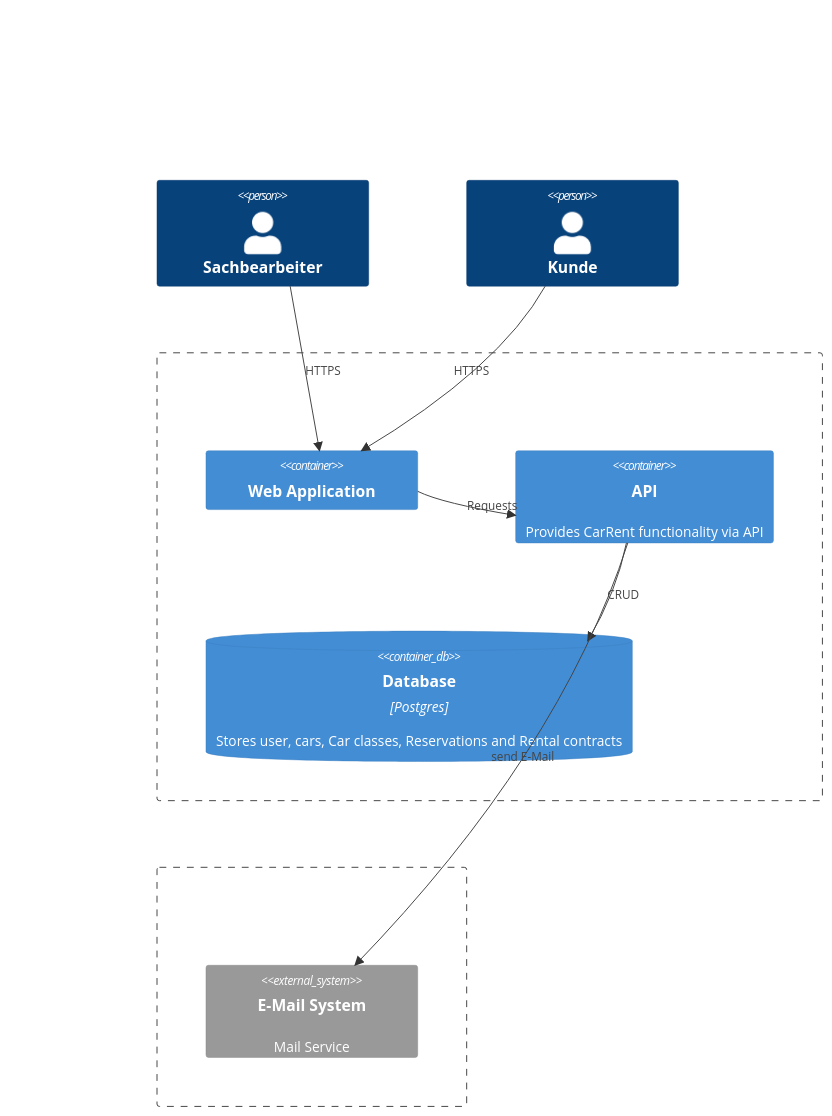
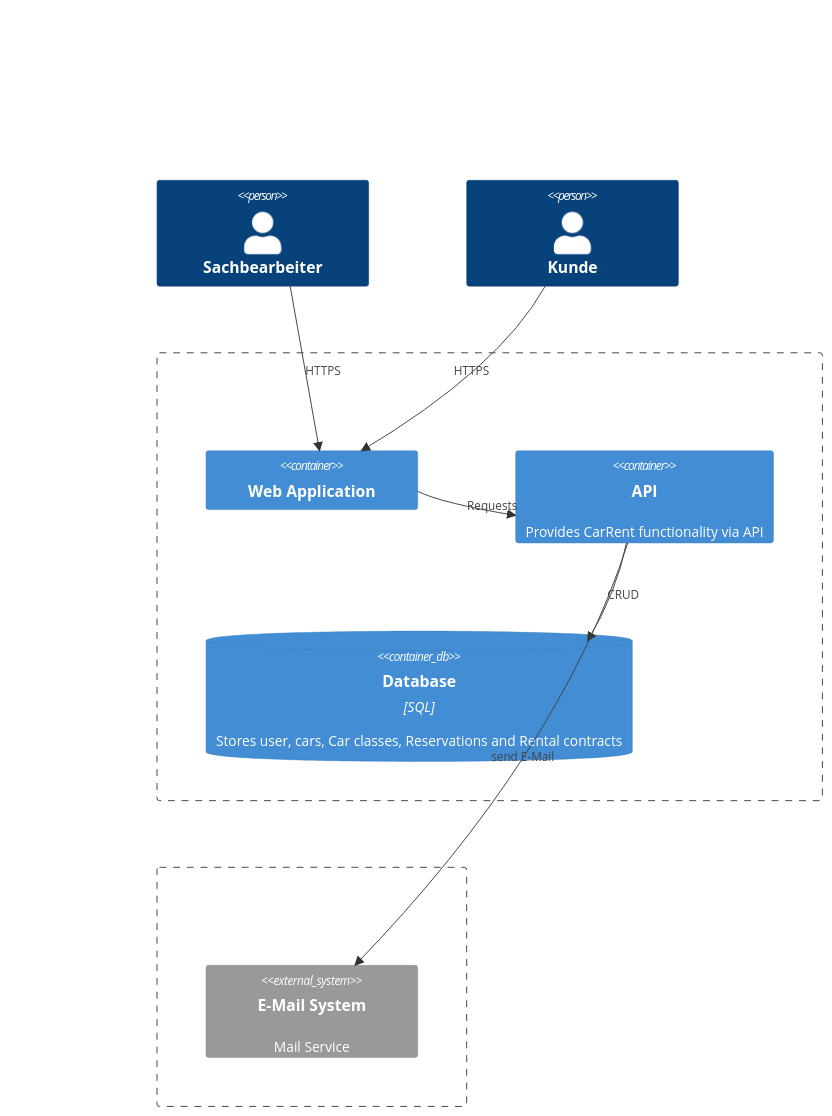
Before and after one commit to tsolenthaler/zbw-sad-carrent2124: the second of 4 diagrams in README.md, drawn with Mermaid. The commit also changed other lines of this file, not shown here.

Commit message:
fix component sql

````diff
--- a/README.md
+++ b/README.md
@@ -27,23 +29,23 @@
 ```mermaid
 C4Container
     Person(Sachbearbeiter, "Sachbearbeiter")
     Person(Kunde, "Kunde")
 
     Boundary(CarRent, "", "") {
         Container(webapp, "Web Application", "", "")
         Container(api, "API", "", "Provides CarRent functionality via API")
-        ContainerDb(database, "Database", "Postgres", "Stores user, cars, Car classes, Reservations and Rental contracts")
+        ContainerDb(database, "Database", "SQL", "Stores user, cars, Car classes, Reservations and Rental contracts")
     }
 
     Boundary(b2, "", "") {
         System_Ext(MailSystem, "E-Mail System", "Mail Service")
     }
 
     Rel(Sachbearbeiter, webapp, "HTTPS")
     Rel(Kunde, webapp, "HTTPS")
     Rel(webapp, api, "Requests")
     Rel(api, database, "CRUD")
     Rel(api, MailSystem, "send E-Mail")
 
     UpdateLayoutConfig($c4ShapeInRow="2", $c4BoundaryInRow="1")
 ```
````
